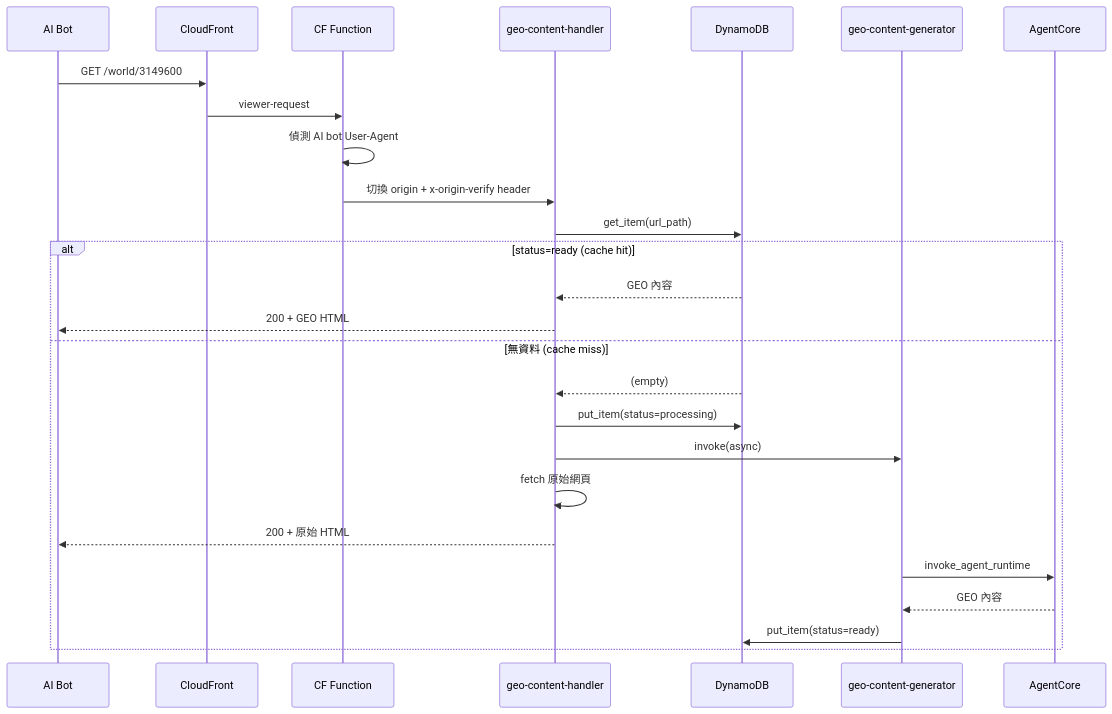
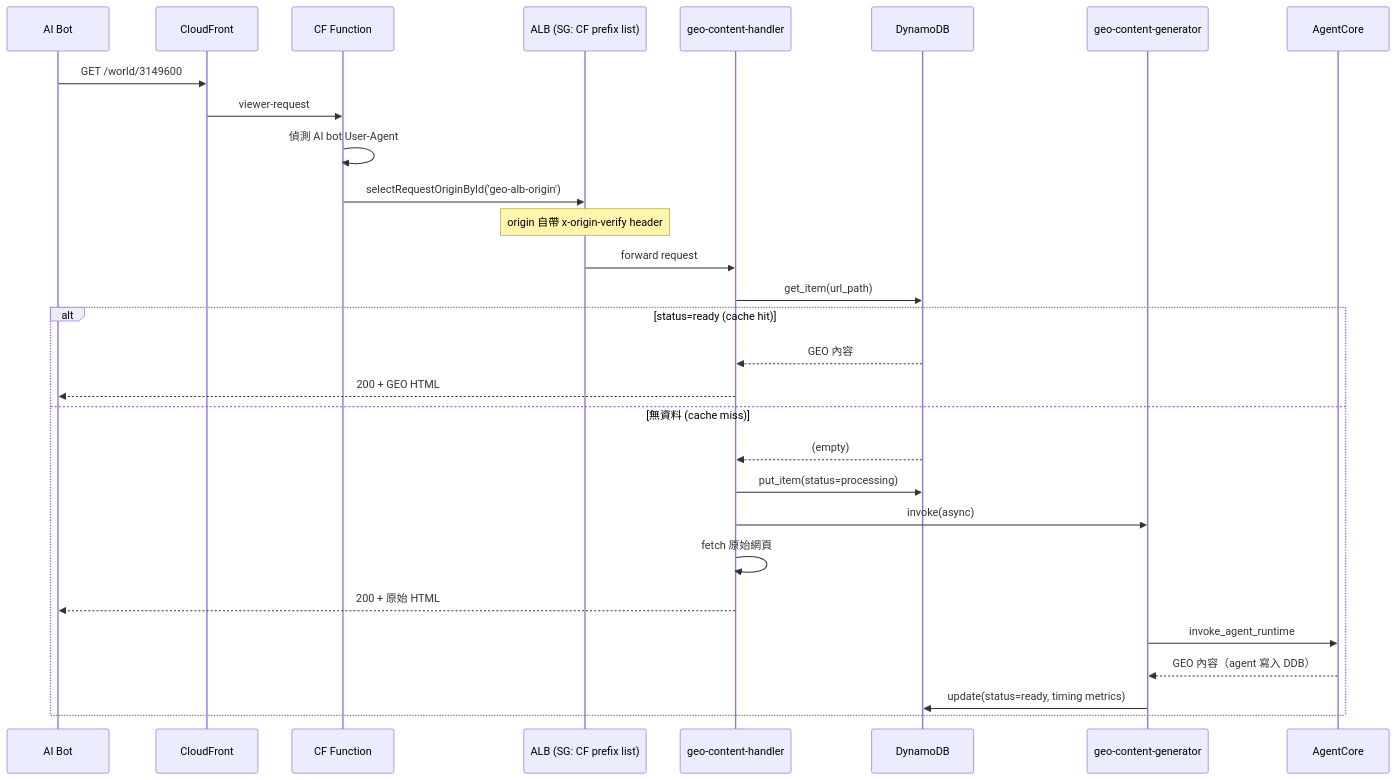
The second of 3 diagrams in docs/architecture.md (raywang1021/amazon-bedrock-agentcore-samples), drawn with Mermaid before and after one commit. The commit also changed other lines of this file and 5 other files, not shown here.

````diff
--- a/docs/architecture.md
+++ b/docs/architecture.md
@@ -102,30 +108,33 @@
 ```mermaid
 sequenceDiagram
     participant Bot as AI Bot
     participant CF as CloudFront
     participant CFF as CF Function
+    participant ALB as ALB (SG: CF prefix list)
     participant Lambda as geo-content-handler
     participant DDB as DynamoDB
     participant Gen as geo-content-generator
     participant AC as AgentCore
 
     Bot->>CF: GET /world/3149600
     CF->>CFF: viewer-request
     CFF->>CFF: 偵測 AI bot User-Agent
-    CFF->>Lambda: 切換 origin + x-origin-verify header
+    CFF->>ALB: selectRequestOriginById('geo-alb-origin')
+    Note over ALB: origin 自帶 x-origin-verify header
+    ALB->>Lambda: forward request
     Lambda->>DDB: get_item(url_path)
 
     alt status=ready (cache hit)
         DDB-->>Lambda: GEO 內容
         Lambda-->>Bot: 200 + GEO HTML
     else 無資料 (cache miss)
         DDB-->>Lambda: (empty)
         Lambda->>DDB: put_item(status=processing)
         Lambda->>Gen: invoke(async)
         Lambda->>Lambda: fetch 原始網頁
         Lambda-->>Bot: 200 + 原始 HTML
         Gen->>AC: invoke_agent_runtime
-        AC-->>Gen: GEO 內容
-        Gen->>DDB: put_item(status=ready)
+        AC-->>Gen: GEO 內容（agent 寫入 DDB）
+        Gen->>DDB: update(status=ready, timing metrics)
     end
 ```
````
